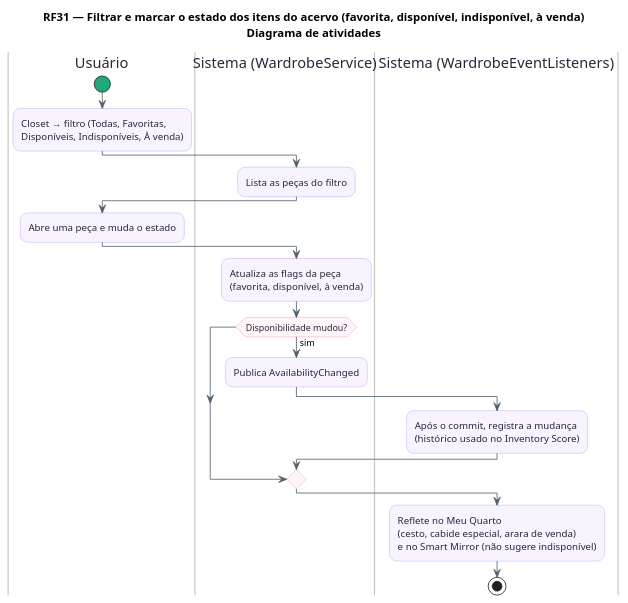
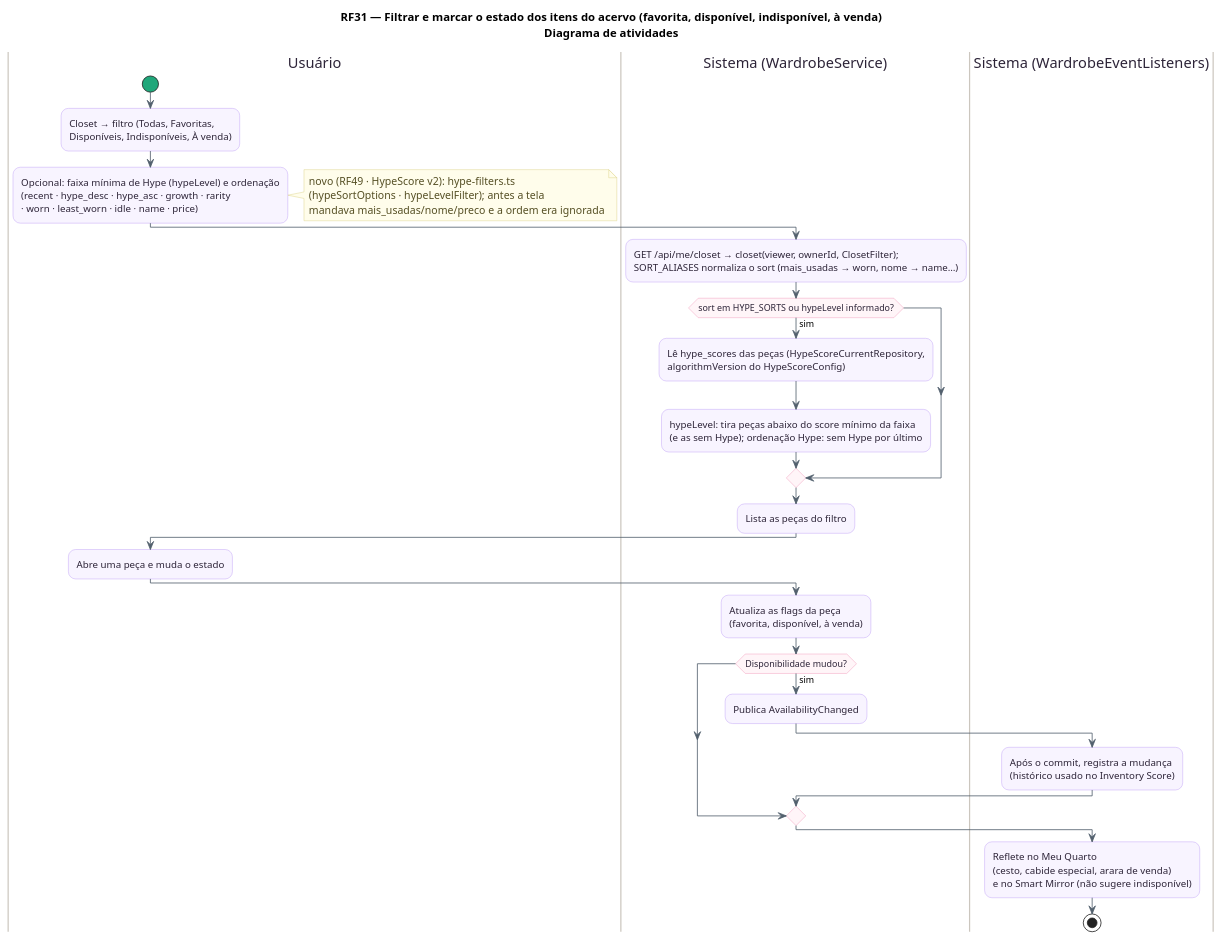
The diagram in docs/diagramas/RF31/RF31-atividades.puml (MatheusHaliski/tcc-2026-fashion-ai-backend), drawn with PlantUML before and after one commit. The commit also changed 27 other files, not shown here.

First line of the commit message:
Diagramas RF6, RF31 e RF42 atualizados com o HypeScore v2 (RF49)

```diff
--- a/docs/diagramas/RF31/RF31-atividades.puml
+++ b/docs/diagramas/RF31/RF31-atividades.puml
@@ -1,42 +1,53 @@
 @startuml RF31_Atividades
 title RF31 — Filtrar e marcar o estado dos itens do acervo (favorita, disponível, indisponível, à venda)\nDiagrama de atividades
 skinparam backgroundColor #FFFFFF
 skinparam shadowing false
 skinparam roundcorner 18
 skinparam ArrowColor #52606D
 skinparam activity {
   BackgroundColor #F8F4FF
   BorderColor #B695F5
   FontColor #2D2438
   DiamondBackgroundColor #FFF5F8
   DiamondBorderColor #F08DB1
   StartColor #20A77A
   EndColor #4B5563
   BarColor #4B4B4B
 }
 skinparam swimlane {
   BorderColor #CBC6BE
   TitleFontColor #2D2438
 }
 skinparam note {
   BackgroundColor #FFFDEB
   BorderColor #D8CE78
   FontColor #554F24
 }
 |Usuário|
 start
 :Closet → filtro (Todas, Favoritas,\nDisponíveis, Indisponíveis, À venda);
+:Opcional: faixa mínima de Hype (hypeLevel) e ordenação\n(recent · hype_desc · hype_asc · growth · rarity\n· worn · least_worn · idle · name · price);
+note right
+  novo (RF49 · HypeScore v2): hype-filters.ts
+  (hypeSortOptions · hypeLevelFilter); antes a tela
+  mandava mais_usadas/nome/preco e a ordem era ignorada
+end note
 |Sistema (WardrobeService)|
+:GET /api/me/closet → closet(viewer, ownerId, ClosetFilter);\nSORT_ALIASES normaliza o sort (mais_usadas → worn, nome → name…);
+if (sort em HYPE_SORTS ou hypeLevel informado?) then (sim)
+  :Lê hype_scores das peças (HypeScoreCurrentRepository,\nalgorithmVersion do HypeScoreConfig);
+  :hypeLevel: tira peças abaixo do score mínimo da faixa\n(e as sem Hype); ordenação Hype: sem Hype por último;
+endif
 :Lista as peças do filtro;
 |Usuário|
 :Abre uma peça e muda o estado;
 |Sistema (WardrobeService)|
 :Atualiza as flags da peça\n(favorita, disponível, à venda);
 if (Disponibilidade mudou?) then (sim)
   :Publica AvailabilityChanged;
   |Sistema (WardrobeEventListeners)|
   :Após o commit, registra a mudança\n(histórico usado no Inventory Score);
 endif
 :Reflete no Meu Quarto\n(cesto, cabide especial, arara de venda)\ne no Smart Mirror (não sugere indisponível);
 stop
 @enduml
```
